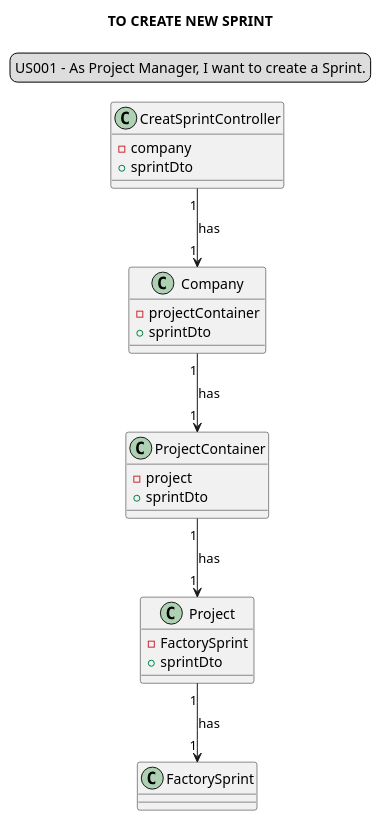
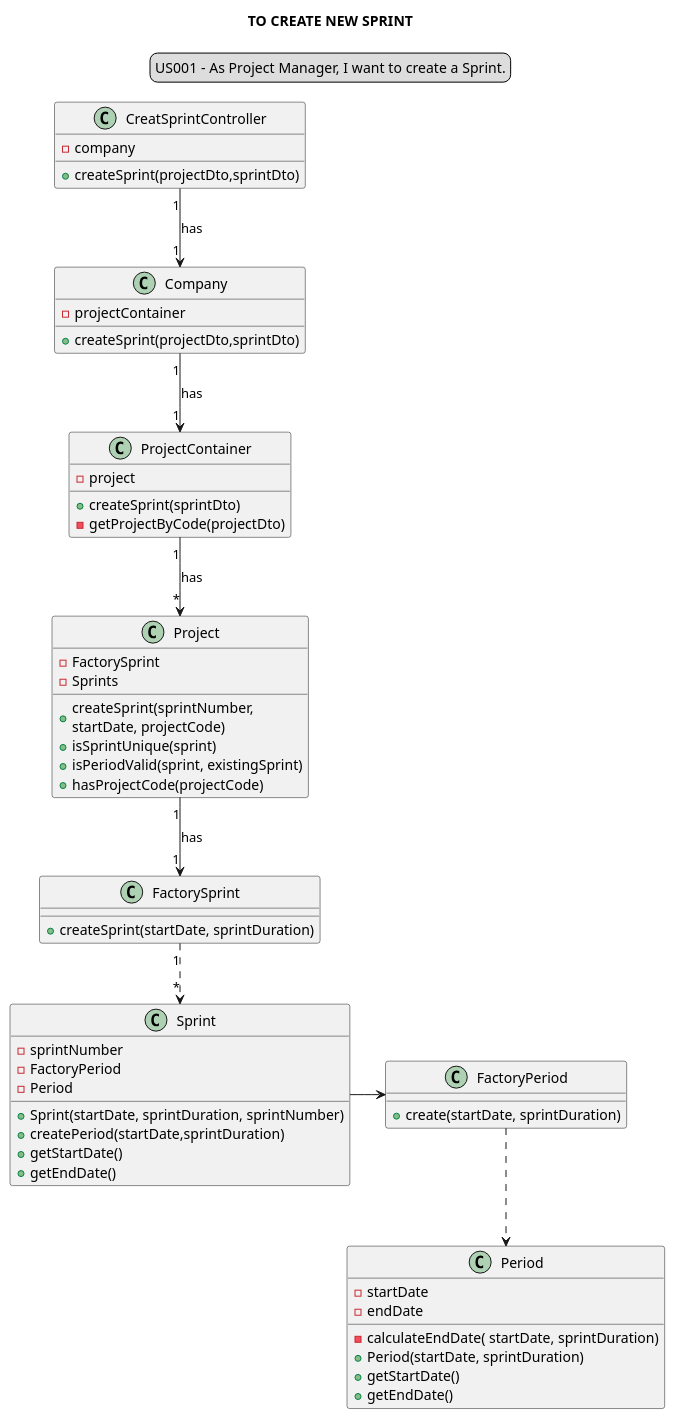
Before and after one commit to Loracline/project_switch_22-23: the diagram in docs/modelling_design/user_stories/sprint03/us019/US019_classDiagram.puml, drawn with PlantUML. The commit also changed 5 other files, not shown here.

```diff
--- a/docs/modelling_design/user_stories/sprint03/us019/US019_classDiagram.puml
+++ b/docs/modelling_design/user_stories/sprint03/us019/US019_classDiagram.puml
@@ -1,35 +1,69 @@
 @startuml
 'https://plantuml.com/class-diagram
 skinparam sequenceMessageAlign center
 title TO CREATE NEW SPRINT
 legend top
 US001 - As Project Manager, I want to create a Sprint.
 end legend
 
 class CreatSprintController {
 - company
-+ sprintDto
++ createSprint(projectDto,sprintDto)
 }
 CreatSprintController "1"-->"1" Company: has
 
 class Company {
 -projectContainer
-+sprintDto
++createSprint(projectDto,sprintDto)
 }
 Company "1"-->"1" ProjectContainer : has
 
 class ProjectContainer {
 -project
-+sprintDto
++createSprint(sprintDto)
+-getProjectByCode(projectDto)
 }
-ProjectContainer "1"-->"1" Project: has
+ProjectContainer "1"-->"*" Project: has
 
 class Project {
 -FactorySprint
-+sprintDto
+-Sprints
++createSprint(sprintNumber,\nstartDate, projectCode)
++isSprintUnique(sprint)
++isPeriodValid(sprint, existingSprint)
++hasProjectCode(projectCode)
 }
 Project "1"-->"1" FactorySprint: has
 
+class FactorySprint {
++createSprint(startDate, sprintDuration)
+}
 
+class Sprint {
+-sprintNumber
+-FactoryPeriod
+-Period
++Sprint(startDate, sprintDuration, sprintNumber)
++createPeriod(startDate,sprintDuration)
++getStartDate()
++getEndDate()
+}
 
+Sprint -> FactoryPeriod
+FactorySprint "1"..> "*"Sprint
+
+class FactoryPeriod {
++create(startDate, sprintDuration)
+}
+
+FactoryPeriod ..> Period
+
+class Period {
+-startDate
+-endDate
+-calculateEndDate( startDate, sprintDuration)
++Period(startDate, sprintDuration)
++getStartDate()
++getEndDate()
+}
 @enduml
```
